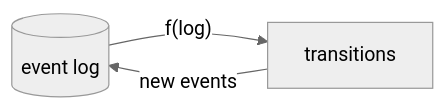
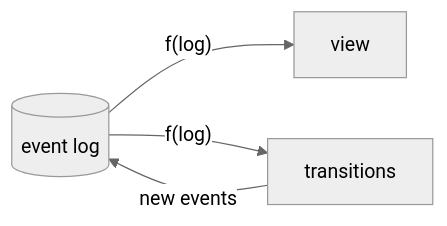
One commit to clavia-labs/tardigrade changed the first of 5 diagrams in docs/explanations/why.md. Above: the diagram before and after it, drawn with Mermaid (neutral theme). The commit also changed other lines of this file and 15 other files, not shown here.

````diff
--- a/docs/explanations/why.md
+++ b/docs/explanations/why.md
@@ -15,5 +15,5 @@
 ```mermaid
 flowchart LR
-  log[("event log")] -->|"f(log)"| transitions["transitions"]
+  log[("event log")] -->|"f(log)"| view["view"] & transitions["transitions"]
   transitions -->|"new events"| log
 ```
````
